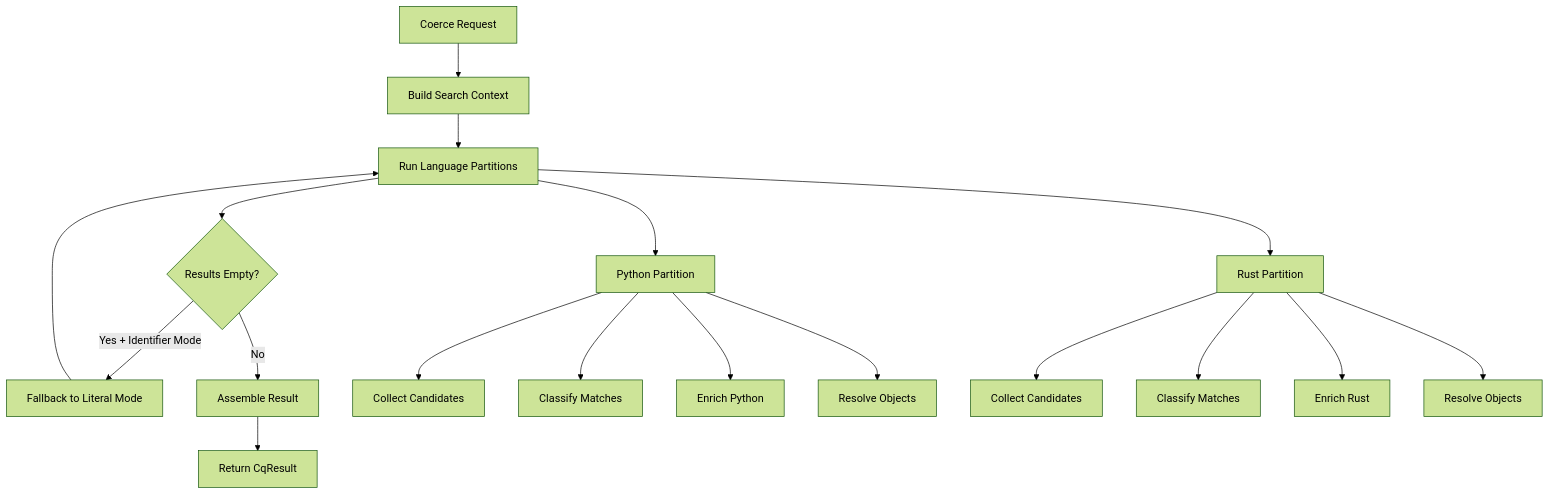
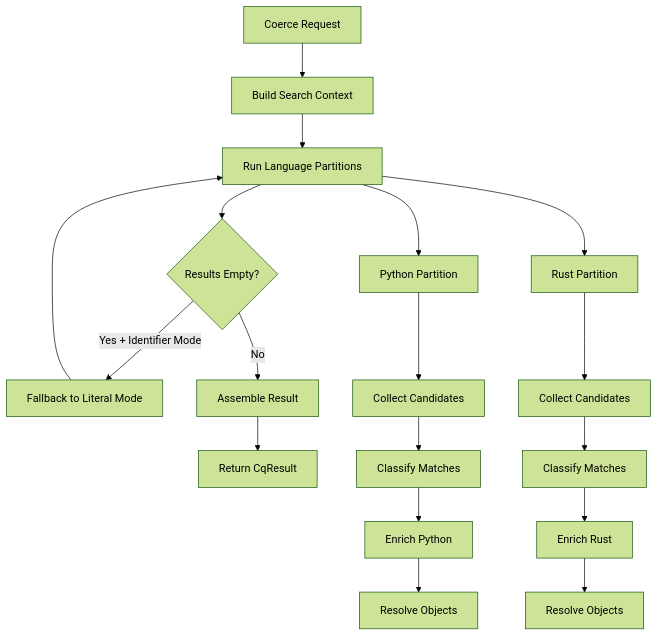
One commit to paul-heyse/CodeAnatomy changed the first of 2 diagrams in docs/architecture/cq/02_search_subsystem.md. Above: the diagram before and after it, drawn with Mermaid (forest theme). The commit also changed other lines of this file and 461 other files, not shown here.

````diff
--- a/docs/architecture/cq/02_search_subsystem.md
+++ b/docs/architecture/cq/02_search_subsystem.md
@@ -147,23 +166,23 @@
 ```mermaid
 flowchart TD
     A[Coerce Request] --> B[Build Search Context]
     B --> C[Run Language Partitions]
     C --> D{Results Empty?}
     D -->|Yes + Identifier Mode| E[Fallback to Literal Mode]
     D -->|No| F[Assemble Result]
     E --> C
     F --> G[Return CqResult]
 
     C --> C1[Python Partition]
     C --> C2[Rust Partition]
 
     C1 --> P1[Collect Candidates]
-    C1 --> P2[Classify Matches]
-    C1 --> P3[Enrich Python]
-    C1 --> P4[Resolve Objects]
+    P1 --> P2[Classify Matches]
+    P2 --> P3[Enrich Python]
+    P3 --> P4[Resolve Objects]
 
     C2 --> R1[Collect Candidates]
-    C2 --> R2[Classify Matches]
-    C2 --> R3[Enrich Rust]
-    C2 --> R4[Resolve Objects]
+    R1 --> R2[Classify Matches]
+    R2 --> R3[Enrich Rust]
+    R3 --> R4[Resolve Objects]
 ```
````
